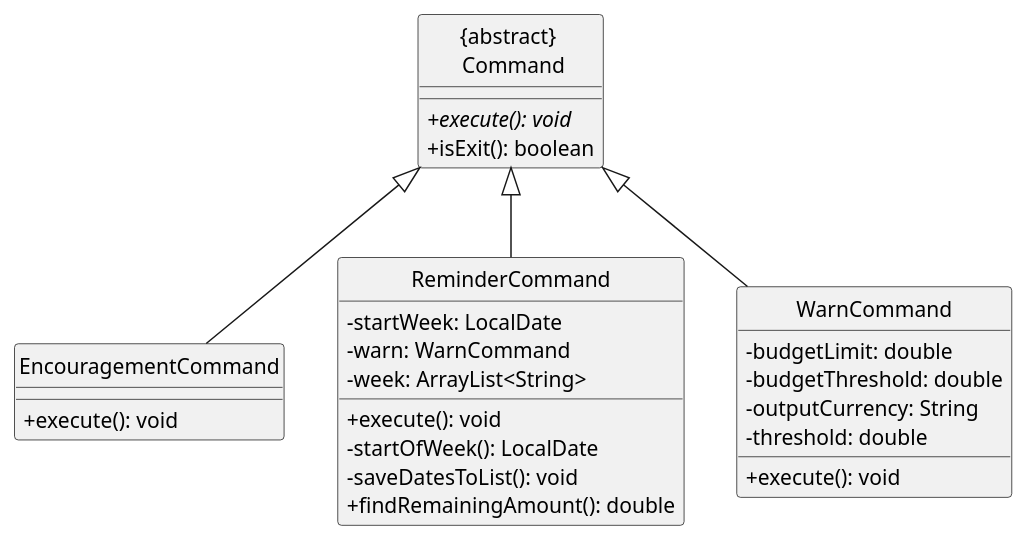
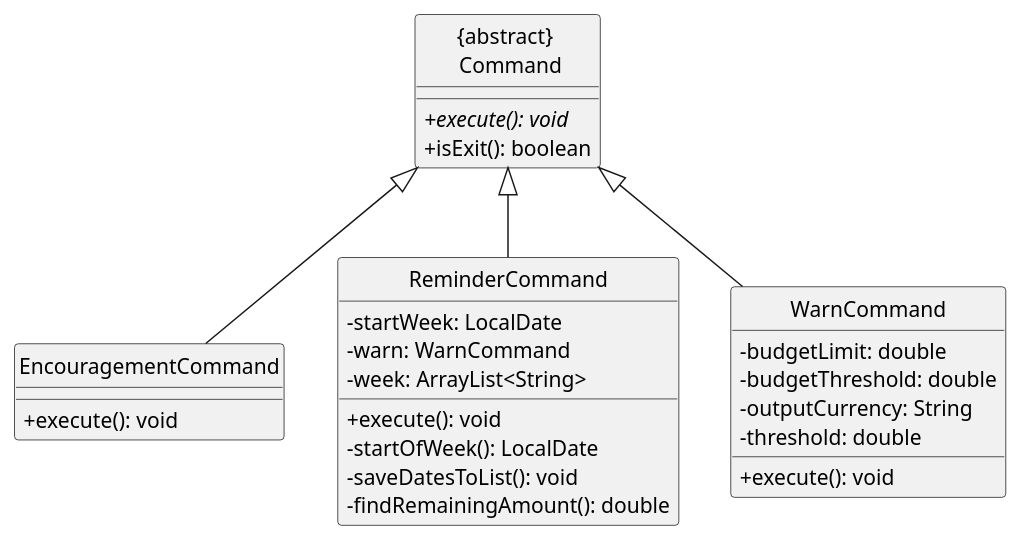
The diagram in src/uml/class diagrams/HiddenCommands.puml (xieyaoyue/tp), drawn with PlantUML before and after one commit. The commit also changed 2 other files, not shown here.

```diff
--- a/src/uml/class diagrams/HiddenCommands.puml
+++ b/src/uml/class diagrams/HiddenCommands.puml
@@ -1,39 +1,39 @@
 @startuml
 
 hide circle
 skinparam classAttributeIconSize 0
 
 class "{abstract} \n Command"{
     + execute(): void {abstract}
     + isExit(): boolean
 }
 
 class "ReminderCommand" {
     - startWeek: LocalDate
     - warn: WarnCommand
     - week: ArrayList<String>
     + execute(): void
     - startOfWeek(): LocalDate
     - saveDatesToList(): void
-    + findRemainingAmount(): double
+    - findRemainingAmount(): double
 }
 
 class "EncouragementCommand" {
     + execute(): void
 }
 
 class "WarnCommand" {
     - budgetLimit: double
     - budgetThreshold: double
     - outputCurrency: String
     - threshold: double
     + execute(): void
 }
 
 EncouragementCommand -[hidden]right-> ReminderCommand
 ReminderCommand -[hidden]right-> WarnCommand
 EncouragementCommand -up-|> "{abstract} \n Command"
 ReminderCommand -up-|> "{abstract} \n Command"
 WarnCommand -up-|> "{abstract} \n Command"
 
 @enduml
```
